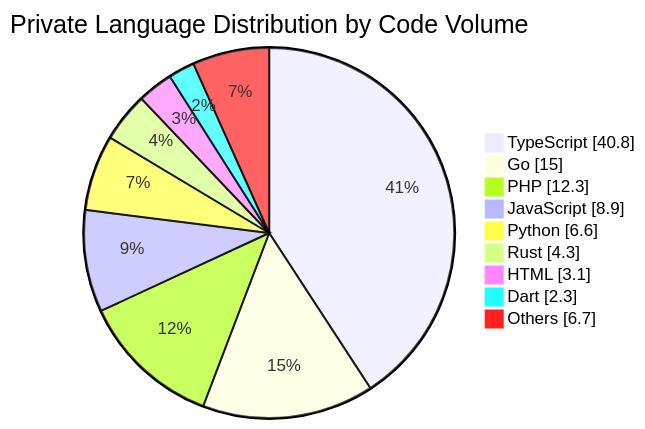
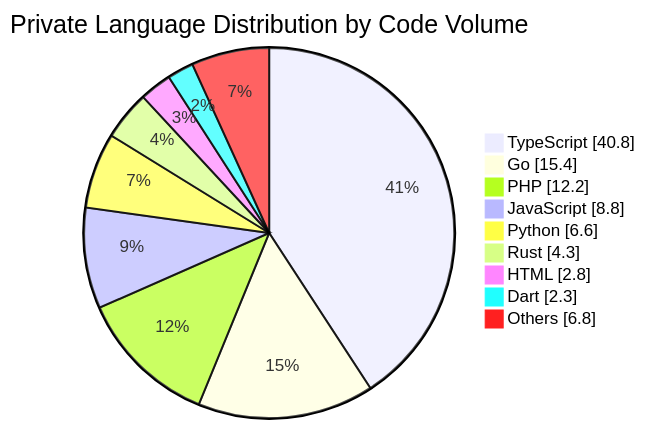
One commit to Lamy210/Lamy210 changed the diagram in README.md. Above: the diagram before and after it, drawn with Mermaid. The commit also changed other lines of this file, not shown here.

Commit message:
chore: update private technology summary [skip ci]

````diff
--- a/README.md
+++ b/README.md
@@ -47,13 +47,13 @@
 ```mermaid
 pie showData
     title Private Language Distribution by Code Volume
     "TypeScript" : 40.8
-    "Go" : 15.0
-    "PHP" : 12.3
-    "JavaScript" : 8.9
+    "Go" : 15.4
+    "PHP" : 12.2
+    "JavaScript" : 8.8
     "Python" : 6.6
     "Rust" : 4.3
-    "HTML" : 3.1
+    "HTML" : 2.8
     "Dart" : 2.3
-    "Others" : 6.7
+    "Others" : 6.8
 ```
````
